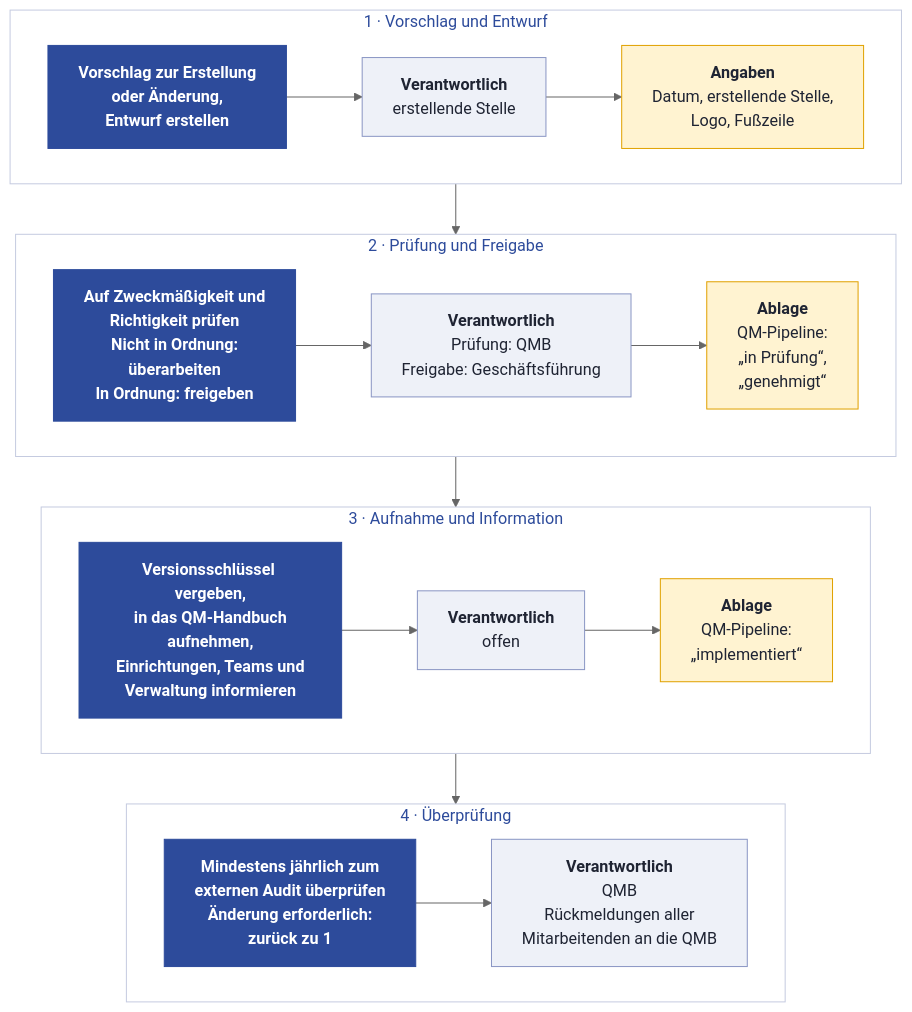
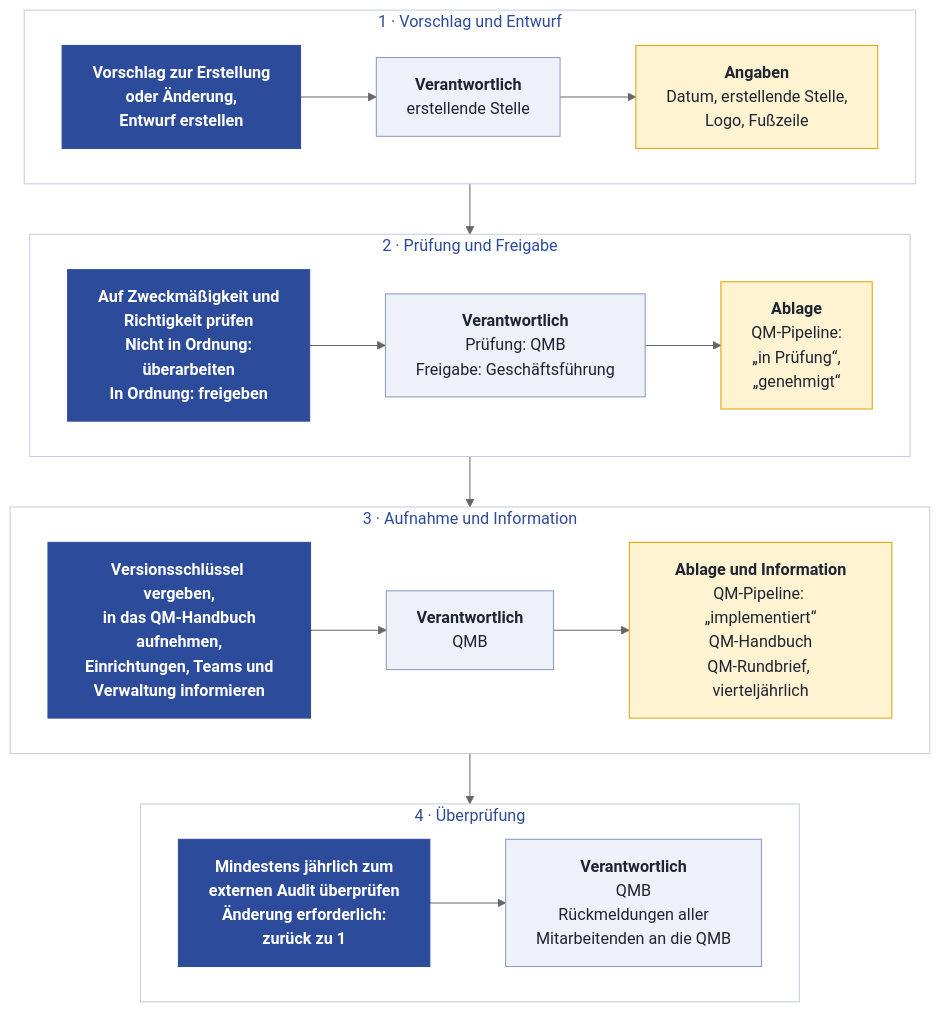
Before and after one commit to BSBSWS/qm: the diagram in handbuch/8.9.3_lenkung-dokumente.md, drawn with Mermaid (neutral theme). The commit also changed other lines of this file and 20 other files, not shown here.

````diff
--- a/handbuch/8.9.3_lenkung-dokumente.md
+++ b/handbuch/8.9.3_lenkung-dokumente.md
@@ -27,30 +27,30 @@
 ```mermaid
 flowchart TB
     subgraph P1["1 · Vorschlag und Entwurf"]
         direction LR
         A["Vorschlag zur Erstellung<br/>oder Änderung,<br/>Entwurf erstellen"] --> A1["<b>Verantwortlich</b><br/>erstellende Stelle"] --> A2["<b>Angaben</b><br/>Datum, erstellende Stelle,<br/>Logo, Fußzeile"]
     end
     subgraph P2["2 · Prüfung und Freigabe"]
         direction LR
         B["Auf Zweckmäßigkeit und<br/>Richtigkeit prüfen<br/>Nicht in Ordnung:<br/>überarbeiten<br/>In Ordnung: freigeben"] --> B1["<b>Verantwortlich</b><br/>Prüfung: QMB<br/>Freigabe: Geschäftsführung"] --> B2["<b>Ablage</b><br/>QM-Pipeline:<br/>„in Prüfung“,<br/>„genehmigt“"]
     end
     subgraph P3["3 · Aufnahme und Information"]
         direction LR
-        C["Versionsschlüssel vergeben,<br/>in das QM-Handbuch<br/>aufnehmen,<br/>Einrichtungen, Teams und<br/>Verwaltung informieren"] --> C1["<b>Verantwortlich</b><br/>offen"] --> C2["<b>Ablage</b><br/>QM-Pipeline:<br/>„implementiert“"]
+        C["Versionsschlüssel vergeben,<br/>in das QM-Handbuch<br/>aufnehmen,<br/>Einrichtungen, Teams und<br/>Verwaltung informieren"] --> C1["<b>Verantwortlich</b><br/>QMB"] --> C2["<b>Ablage und Information</b><br/>QM-Pipeline: „implementiert“<br/>QM-Handbuch<br/>QM-Rundbrief, vierteljährlich"]
     end
     subgraph P4["4 · Überprüfung"]
         direction LR
         D["Mindestens jährlich zum<br/>externen Audit überprüfen<br/>Änderung erforderlich:<br/>zurück zu 1"] --> D1["<b>Verantwortlich</b><br/>QMB<br/>Rückmeldungen aller<br/>Mitarbeitenden an die QMB"]
     end
     P1 --> P2 --> P3 --> P4
     classDef schritt fill:#2D4B9B,stroke:#2D4B9B,color:#FFFFFF,font-weight:bold
     classDef inhalt fill:#EEF1F8,stroke:#8A96C4,color:#1F2433
     classDef dokument fill:#FFF3D1,stroke:#E0A100,color:#1F2433
     class A,B,C,D schritt
     class A1,B1,C1,D1 inhalt
     class A2,B2,C2 dokument
     style P1 fill:#FFFFFF,stroke:#C5CBE0,color:#2D4B9B
     style P2 fill:#FFFFFF,stroke:#C5CBE0,color:#2D4B9B
     style P3 fill:#FFFFFF,stroke:#C5CBE0,color:#2D4B9B
     style P4 fill:#FFFFFF,stroke:#C5CBE0,color:#2D4B9B
 ```
````
